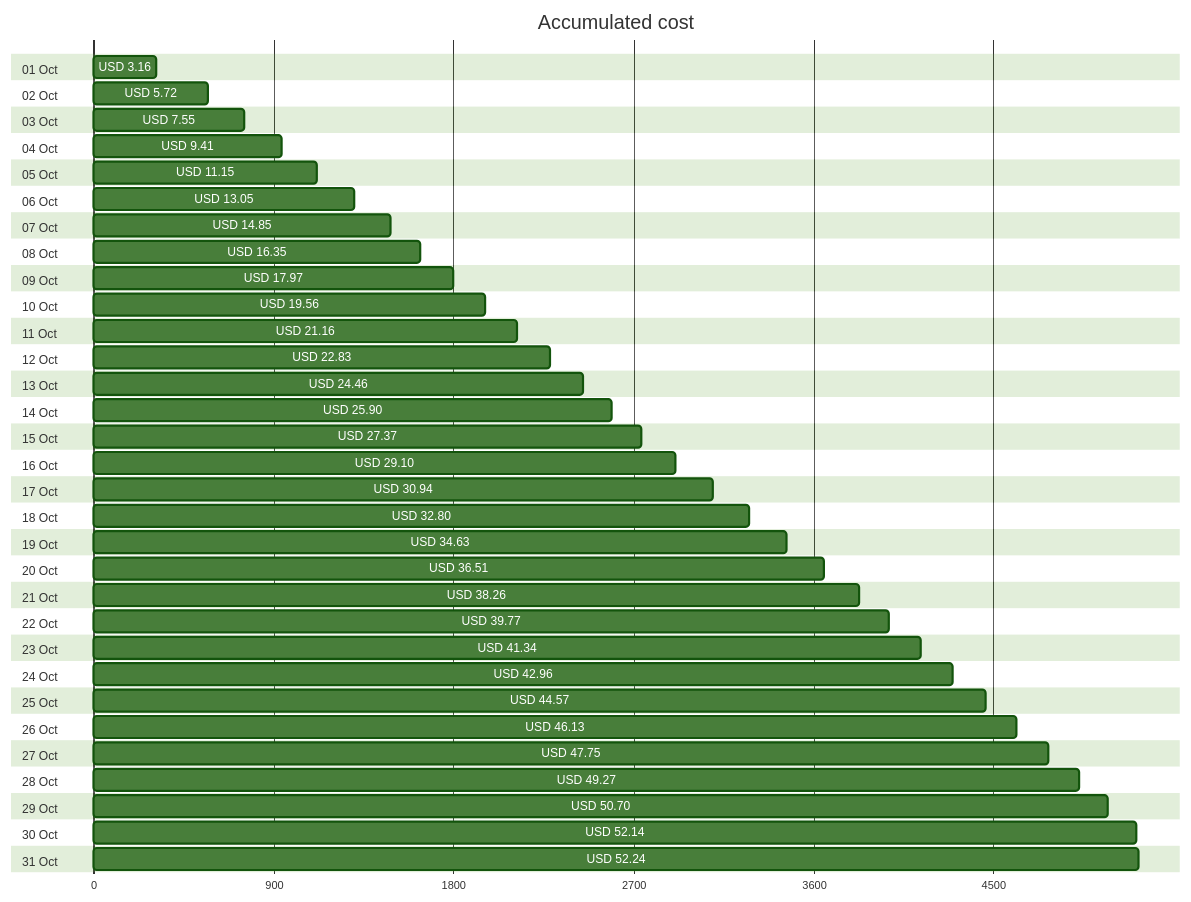
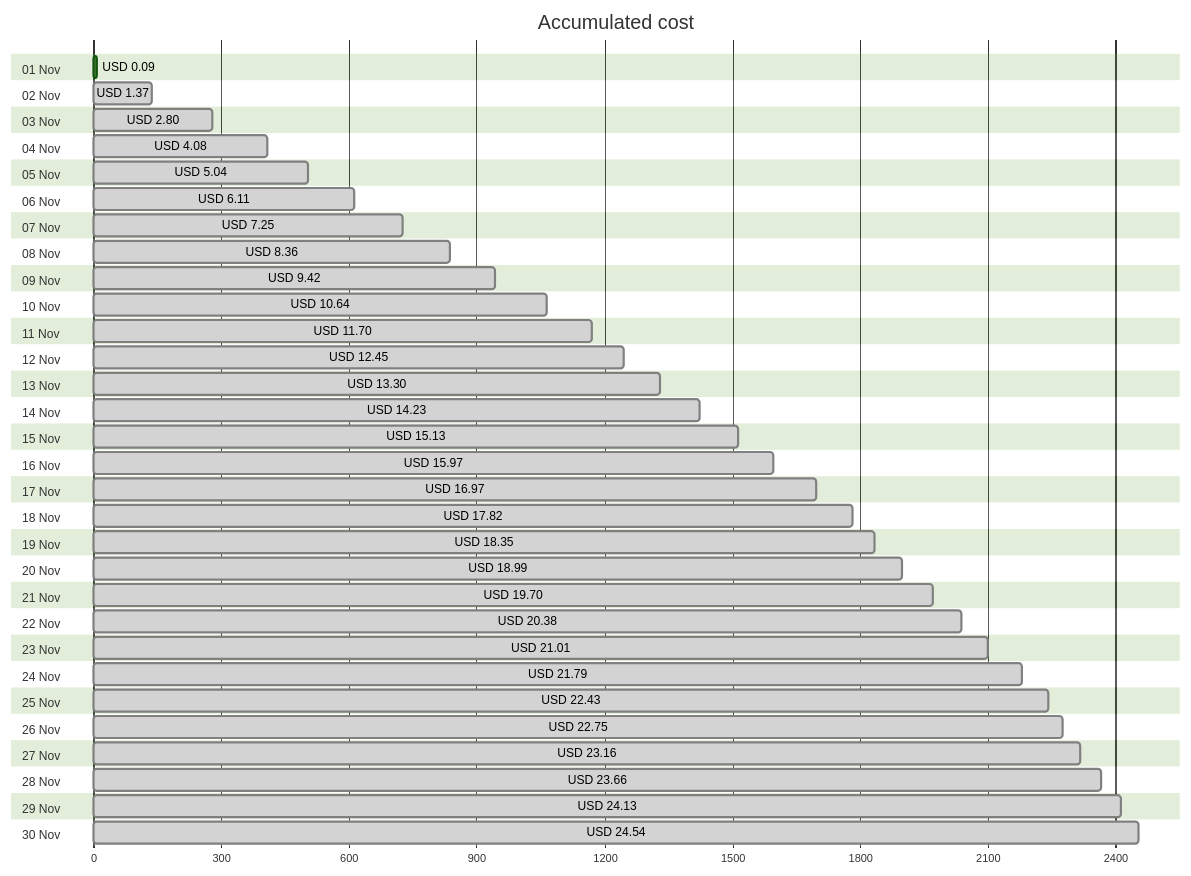
Before and after one commit to jpfulton/azure-personal-reports: the first of 4 diagrams in cost-reports/personal-network/README.md, drawn with Mermaid (forest theme). The commit also changed other lines of this file and 8 other files, not shown here.

````diff
--- a/cost-reports/personal-network/README.md
+++ b/cost-reports/personal-network/README.md
@@ -20,68 +20,66 @@
 ```mermaid
 gantt
    title Accumulated cost
    dateFormat  X
    axisFormat %s
-   section 01 Oct
-   USD 3.16 :0, 316
-   section 02 Oct
-   USD 5.72 :0, 572
-   section 03 Oct
-   USD 7.55 :0, 755
-   section 04 Oct
-   USD 9.41 :0, 941
-   section 05 Oct
-   USD 11.15 :0, 1115
-   section 06 Oct
-   USD 13.05 :0, 1305
-   section 07 Oct
-   USD 14.85 :0, 1485
-   section 08 Oct
-   USD 16.35 :0, 1635
-   section 09 Oct
-   USD 17.97 :0, 1797
-   section 10 Oct
-   USD 19.56 :0, 1956
-   section 11 Oct
-   USD 21.16 :0, 2116
-   section 12 Oct
-   USD 22.83 :0, 2283
-   section 13 Oct
-   USD 24.46 :0, 2446
-   section 14 Oct
-   USD 25.90 :0, 2590
-   section 15 Oct
-   USD 27.37 :0, 2737
-   section 16 Oct
-   USD 29.10 :0, 2910
-   section 17 Oct
-   USD 30.94 :0, 3094
-   section 18 Oct
-   USD 32.80 :0, 3280
-   section 19 Oct
-   USD 34.63 :0, 3463
-   section 20 Oct
-   USD 36.51 :0, 3651
-   section 21 Oct
-   USD 38.26 :0, 3826
-   section 22 Oct
-   USD 39.77 :0, 3977
-   section 23 Oct
-   USD 41.34 :0, 4134
-   section 24 Oct
-   USD 42.96 :0, 4296
-   section 25 Oct
-   USD 44.57 :0, 4457
-   section 26 Oct
-   USD 46.13 :0, 4613
-   section 27 Oct
-   USD 47.75 :0, 4775
-   section 28 Oct
-   USD 49.27 :0, 4927
-   section 29 Oct
-   USD 50.70 :0, 5070
-   section 30 Oct
-   USD 52.14 :0, 5214
-   section 31 Oct
-   USD 52.24 :0, 5224
+   section 01 Nov
+   USD 0.09 :0, 9
+   section 02 Nov
+   USD 1.37 : done, 0, 137
+   section 03 Nov
+   USD 2.80 : done, 0, 280
+   section 04 Nov
+   USD 4.08 : done, 0, 408
+   section 05 Nov
+   USD 5.04 : done, 0, 504
+   section 06 Nov
+   USD 6.11 : done, 0, 611
+   section 07 Nov
+   USD 7.25 : done, 0, 725
+   section 08 Nov
+   USD 8.36 : done, 0, 836
+   section 09 Nov
+   USD 9.42 : done, 0, 942
+   section 10 Nov
+   USD 10.64 : done, 0, 1064
+   section 11 Nov
+   USD 11.70 : done, 0, 1170
+   section 12 Nov
+   USD 12.45 : done, 0, 1245
+   section 13 Nov
+   USD 13.30 : done, 0, 1330
+   section 14 Nov
+   USD 14.23 : done, 0, 1423
+   section 15 Nov
+   USD 15.13 : done, 0, 1513
+   section 16 Nov
+   USD 15.97 : done, 0, 1597
+   section 17 Nov
+   USD 16.97 : done, 0, 1697
+   section 18 Nov
+   USD 17.82 : done, 0, 1782
+   section 19 Nov
+   USD 18.35 : done, 0, 1835
+   section 20 Nov
+   USD 18.99 : done, 0, 1899
+   section 21 Nov
+   USD 19.70 : done, 0, 1970
+   section 22 Nov
+   USD 20.38 : done, 0, 2038
+   section 23 Nov
+   USD 21.01 : done, 0, 2101
+   section 24 Nov
+   USD 21.79 : done, 0, 2179
+   section 25 Nov
+   USD 22.43 : done, 0, 2243
+   section 26 Nov
+   USD 22.75 : done, 0, 2275
+   section 27 Nov
+   USD 23.16 : done, 0, 2316
+   section 28 Nov
+   USD 23.66 : done, 0, 2366
+   section 29 Nov
+   USD 24.13 : done, 0, 2413
+   section 30 Nov
+   USD 24.54 : done, 0, 2454
 ```
````
